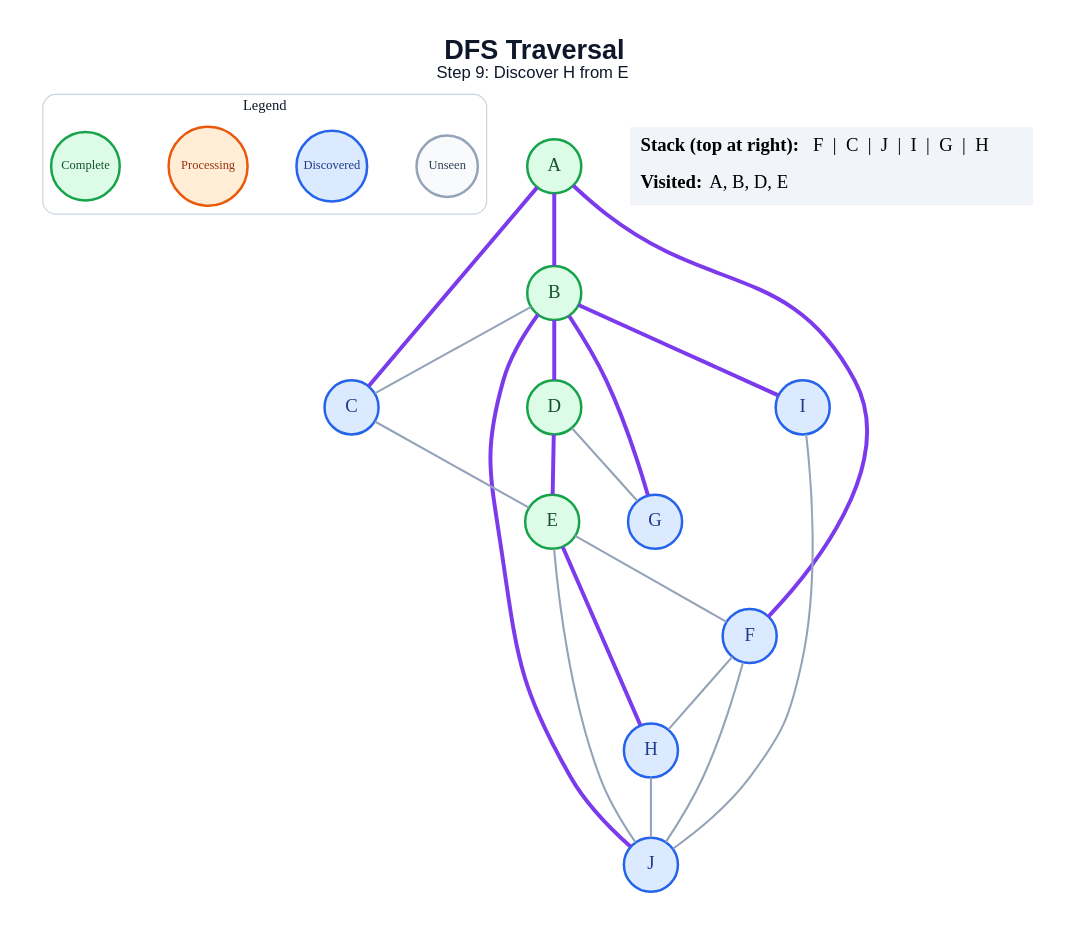
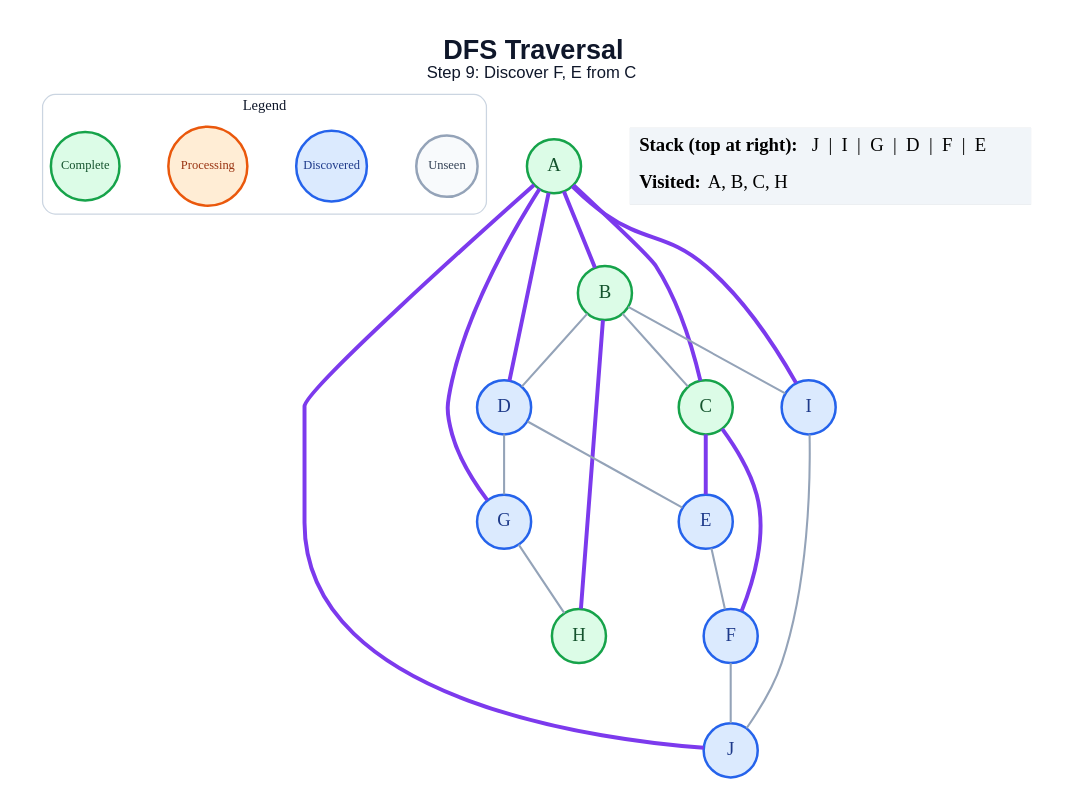
The diagram in generated/dfs/step_09.dot (amanghodawala9/ai-slop), drawn with Graphviz before and after one commit. The commit also changed 178 other files, not shown here.

```diff
--- a/generated/dfs/step_09.dot
+++ b/generated/dfs/step_09.dot
@@ -1,47 +1,47 @@
 graph traversal {
   graph [layout=dot, rankdir=TB, bgcolor="#FFFFFF", pad="0.35", nodesep="0.65", ranksep="0.8", fontname="Arial"];
   node [shape=circle, style="filled", fontname="Arial Bold", fontsize=18, width=0.72, fixedsize=true, penwidth=2.4];
   edge [color="#94A3B8", penwidth=2.0];
-  label=<<B>DFS Traversal</B><BR/><FONT POINT-SIZE="16">Step 9: Discover H from E</FONT>>; labelloc="t"; fontsize=26; fontname="Arial"; fontcolor="#0F172A";
+  label=<<B>DFS Traversal</B><BR/><FONT POINT-SIZE="16">Step 9: Discover F, E from C</FONT>>; labelloc="t"; fontsize=26; fontname="Arial"; fontcolor="#0F172A";
   subgraph cluster_legend { label="Legend"; color="#CBD5E1"; penwidth=1.2; style="rounded"; fontsize=14; fontname="Arial Bold";
     key_unseen [label="Unseen", fillcolor="#F8FAFC", color="#94A3B8", fontcolor="#334155", fontsize=12, width=0.82];
     key_frontier [label="Discovered", fillcolor="#DBEAFE", color="#2563EB", fontcolor="#1E3A8A", fontsize=12, width=0.95];
     key_current [label="Processing", fillcolor="#FFEDD5", color="#EA580C", fontcolor="#9A3412", fontsize=12, width=1.05];
     key_done [label="Complete", fillcolor="#DCFCE7", color="#16A34A", fontcolor="#14532D", fontsize=12, width=0.92];
     { rank=same; key_unseen; key_frontier; key_current; key_done; }
   }
   A [fillcolor="#DCFCE7", color="#16A34A", fontcolor="#14532D"];
   B [fillcolor="#DCFCE7", color="#16A34A", fontcolor="#14532D"];
-  C [fillcolor="#DBEAFE", color="#2563EB", fontcolor="#1E3A8A"];
-  D [fillcolor="#DCFCE7", color="#16A34A", fontcolor="#14532D"];
-  E [fillcolor="#DCFCE7", color="#16A34A", fontcolor="#14532D"];
+  C [fillcolor="#DCFCE7", color="#16A34A", fontcolor="#14532D"];
+  D [fillcolor="#DBEAFE", color="#2563EB", fontcolor="#1E3A8A"];
+  E [fillcolor="#DBEAFE", color="#2563EB", fontcolor="#1E3A8A"];
   F [fillcolor="#DBEAFE", color="#2563EB", fontcolor="#1E3A8A"];
   G [fillcolor="#DBEAFE", color="#2563EB", fontcolor="#1E3A8A"];
-  H [fillcolor="#DBEAFE", color="#2563EB", fontcolor="#1E3A8A"];
+  H [fillcolor="#DCFCE7", color="#16A34A", fontcolor="#14532D"];
   I [fillcolor="#DBEAFE", color="#2563EB", fontcolor="#1E3A8A"];
   J [fillcolor="#DBEAFE", color="#2563EB", fontcolor="#1E3A8A"];
   A -- B [color="#7C3AED", penwidth=3.8];
   A -- C [color="#7C3AED", penwidth=3.8];
-  A -- F [color="#7C3AED", penwidth=3.8];
+  A -- D [color="#7C3AED", penwidth=3.8];
+  A -- G [color="#7C3AED", penwidth=3.8];
+  A -- I [color="#7C3AED", penwidth=3.8];
+  A -- J [color="#7C3AED", penwidth=3.8];
   B -- C;
-  B -- D [color="#7C3AED", penwidth=3.8];
-  B -- G [color="#7C3AED", penwidth=3.8];
-  B -- I [color="#7C3AED", penwidth=3.8];
-  B -- J [color="#7C3AED", penwidth=3.8];
-  C -- E;
-  D -- E [color="#7C3AED", penwidth=3.8];
+  B -- D;
+  B -- H [color="#7C3AED", penwidth=3.8];
+  B -- I;
+  C -- E [color="#7C3AED", penwidth=3.8];
+  C -- F [color="#7C3AED", penwidth=3.8];
+  D -- E;
   D -- G;
   E -- F;
-  E -- H [color="#7C3AED", penwidth=3.8];
-  E -- J;
-  F -- H;
   F -- J;
-  H -- J;
+  G -- H;
   I -- J;
   status [shape=plain, fixedsize=false, width=0, height=0, margin=0, label=<
     <TABLE BORDER="0" CELLBORDER="0" CELLPADDING="7" BGCOLOR="#F1F5F9">
-      <TR><TD ALIGN="LEFT"><B>Stack (top at right):</B> F  |  C  |  J  |  I  |  G  |  H</TD></TR>
-      <TR><TD ALIGN="LEFT"><B>Visited:</B> A, B, D, E</TD></TR>
+      <TR><TD ALIGN="LEFT"><B>Stack (top at right):</B> J  |  I  |  G  |  D  |  F  |  E</TD></TR>
+      <TR><TD ALIGN="LEFT"><B>Visited:</B> A, B, C, H</TD></TR>
     </TABLE>
   >];
 }
```
